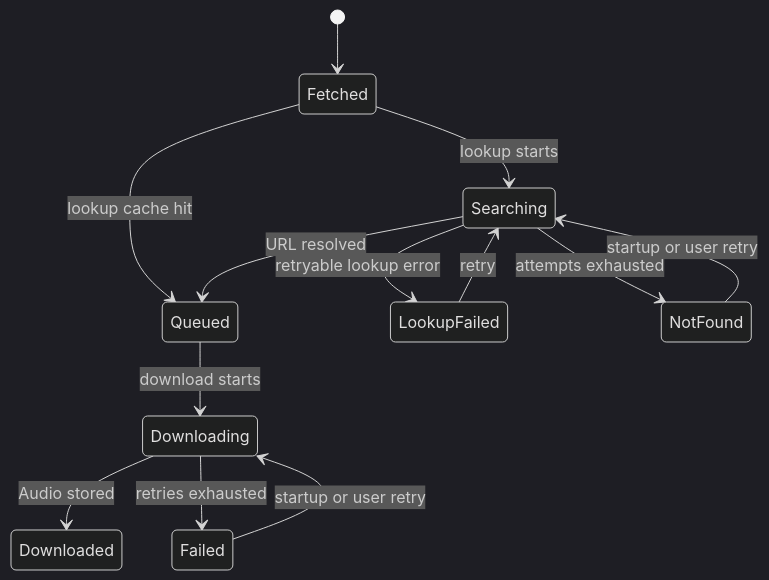
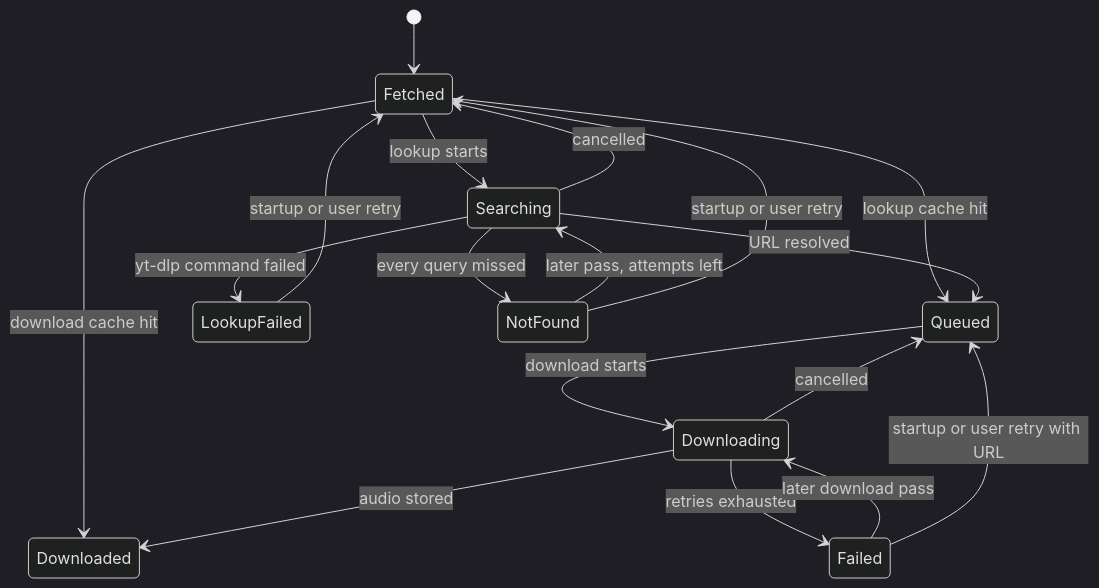
One commit to marcelpetrick/myLastFmPlayer changed the fifth of 6 diagrams in documents/03_ARCHITECTURE.md. Above: the diagram before and after it, drawn with Mermaid (dark theme). The commit also changed other lines of this file and 20 other files, not shown here.

First line of the commit message:
docs: review all Markdown, refresh architecture; pin UI construction by snapshots (v0.0.209)

````diff
--- a/documents/03_ARCHITECTURE.md
+++ b/documents/03_ARCHITECTURE.md
@@ -233,15 +306,20 @@
 ```mermaid
 stateDiagram-v2
     [*] --> Fetched
+    Fetched --> Queued: lookup cache hit
+    Fetched --> Downloaded: download cache hit
     Fetched --> Searching: lookup starts
-    Fetched --> Queued: lookup cache hit
     Searching --> Queued: URL resolved
-    Searching --> LookupFailed: retryable lookup error
-    Searching --> NotFound: attempts exhausted
-    LookupFailed --> Searching: retry
-    NotFound --> Searching: startup or user retry
+    Searching --> LookupFailed: yt-dlp command failed
+    Searching --> NotFound: every query missed
+    Searching --> Fetched: cancelled
+    NotFound --> Searching: later pass, attempts left
+    NotFound --> Fetched: startup or user retry
+    LookupFailed --> Fetched: startup or user retry
     Queued --> Downloading: download starts
-    Downloading --> Downloaded: Audio stored
+    Downloading --> Downloaded: audio stored
     Downloading --> Failed: retries exhausted
-    Failed --> Downloading: startup or user retry
+    Downloading --> Queued: cancelled
+    Failed --> Downloading: later download pass
+    Failed --> Queued: startup or user retry with URL
 ```
````
